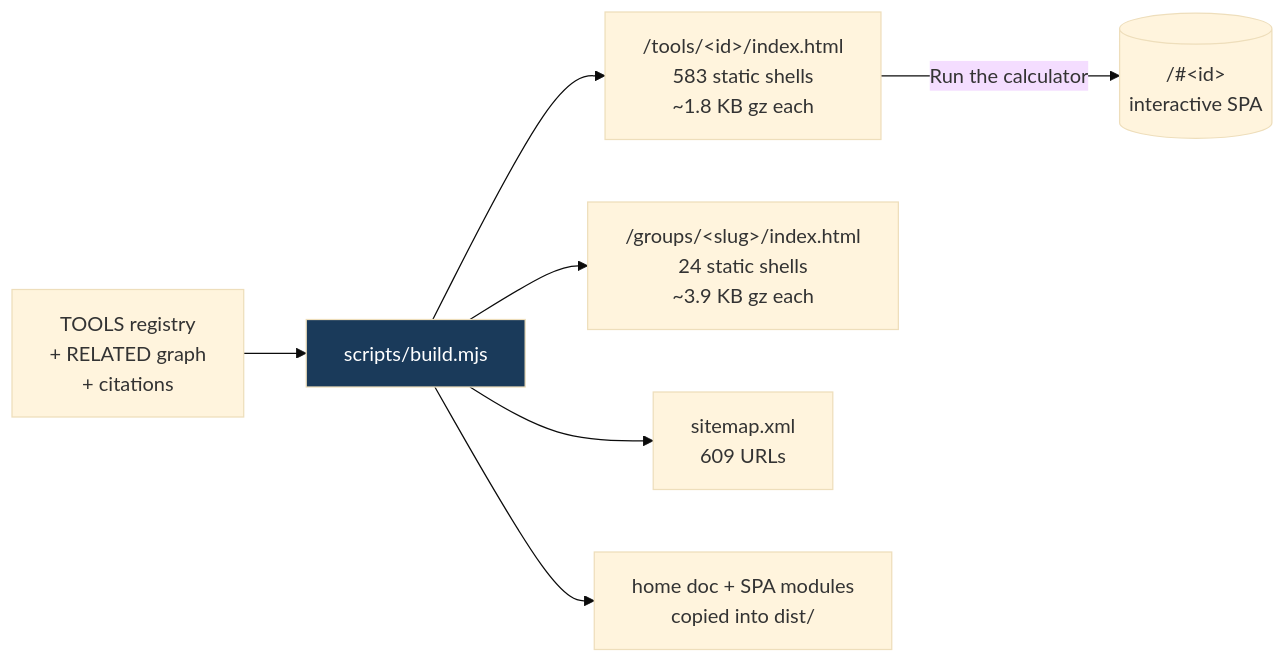
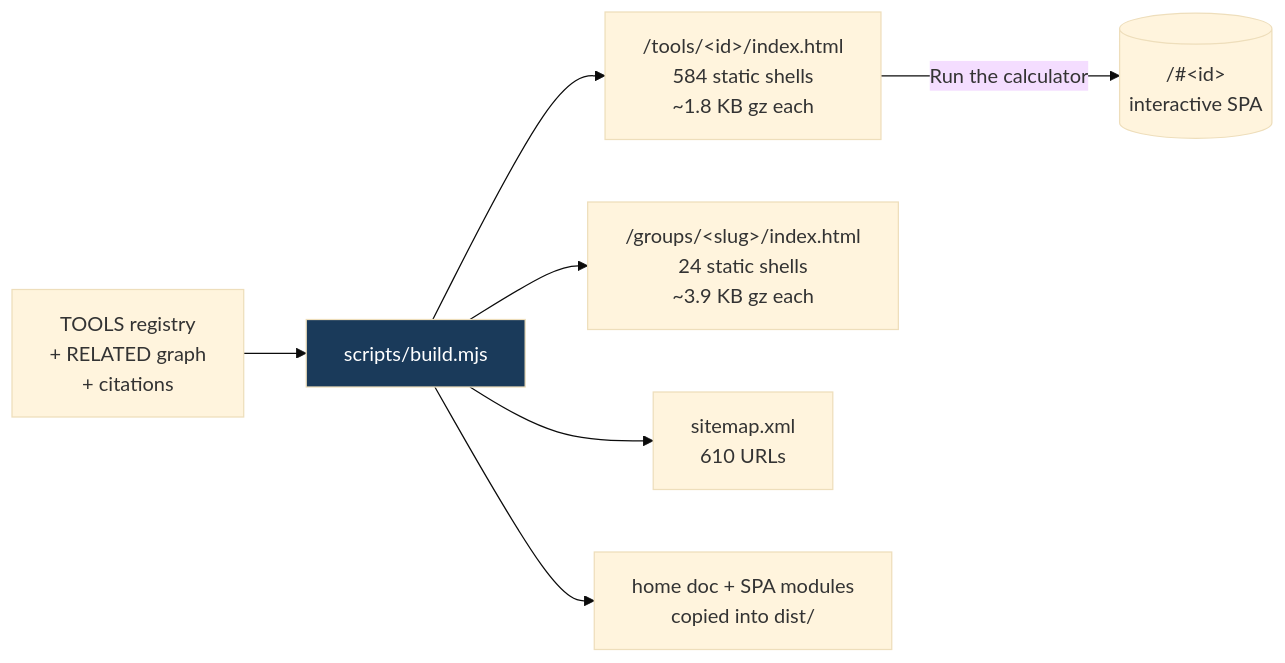
One commit to clay-good/roughlogic.com changed the fourth of 7 diagrams in README.md. Above: the diagram before and after it, drawn with Mermaid (base theme). The commit also changed other lines of this file and 15 other files, not shown here.

````diff
--- a/README.md
+++ b/README.md
@@ -314,10 +314,10 @@
 ```mermaid
 flowchart LR
     SRC[TOOLS registry\n+ RELATED graph\n+ citations] --> BUILD[scripts/build.mjs]
-    BUILD --> TILE["/tools/&lt;id&gt;/index.html\n583 static shells\n~1.8 KB gz each"]
+    BUILD --> TILE["/tools/&lt;id&gt;/index.html\n584 static shells\n~1.8 KB gz each"]
     BUILD --> GROUP["/groups/&lt;slug&gt;/index.html\n24 static shells\n~3.9 KB gz each"]
-    BUILD --> MAP["sitemap.xml\n609 URLs"]
+    BUILD --> MAP["sitemap.xml\n610 URLs"]
     BUILD --> COPY[home doc + SPA modules\ncopied into dist/]
     TILE -->|Run the calculator| SPA[("/#&lt;id&gt;\ninteractive SPA")]
     style BUILD fill:#1a3a5a,color:#fff
 ```
````
